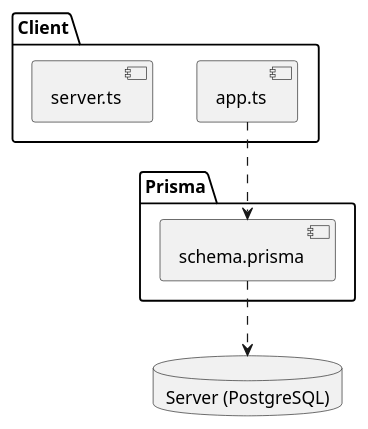
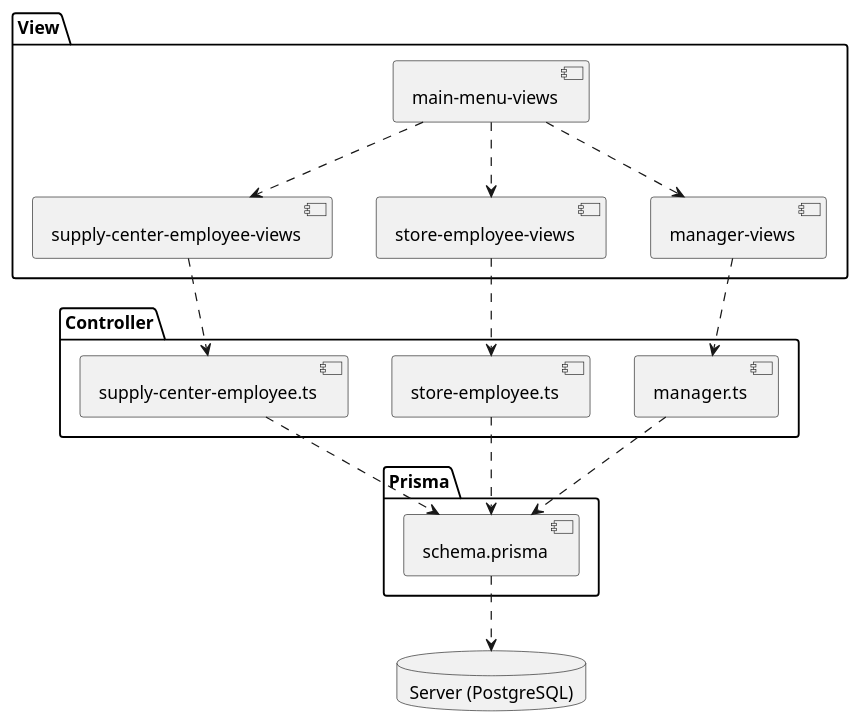
One commit to ThePhobosDeimosSuite/laboratoire-0_log430 changed the diagram in docs/UML/component.puml. Above: the diagram before and after it, drawn with PlantUML. The commit also changed 21 other files, not shown here.

```diff
--- a/docs/UML/component.puml
+++ b/docs/UML/component.puml
@@ -1,18 +1,34 @@
 @startuml component
 
-package "Client" {
-    component app.ts
-    component server.ts
+package "Controller" {
+    component "manager.ts" as manager
+    component "store-employee.ts" as storeEmployee
+    component "supply-center-employee.ts" as supplyCenterEmployee
+}
+
+package "View" {
+    component "manager-views" as managerView
+    component "store-employee-views" as storeEmployeeView
+    component "supply-center-employee-views" as supplyCenterEmployeeView
+    component "main-menu-views" as mainMenuView
 }
 
 package "Prisma" {
     component schema.prisma
 }
 
 database "Server (PostgreSQL)" as Server
 
-app.ts ..> schema.prisma
 schema.prisma ..> Server
 
+supplyCenterEmployeeView ..> supplyCenterEmployee
+managerView ..> manager
+storeEmployeeView ..> storeEmployee
+storeEmployee ..> schema.prisma
+manager ..> schema.prisma
+supplyCenterEmployee ..> schema.prisma
+mainMenuView ..> storeEmployeeView
+mainMenuView ..> managerView
+mainMenuView ..> supplyCenterEmployeeView
 
 @enduml
```
